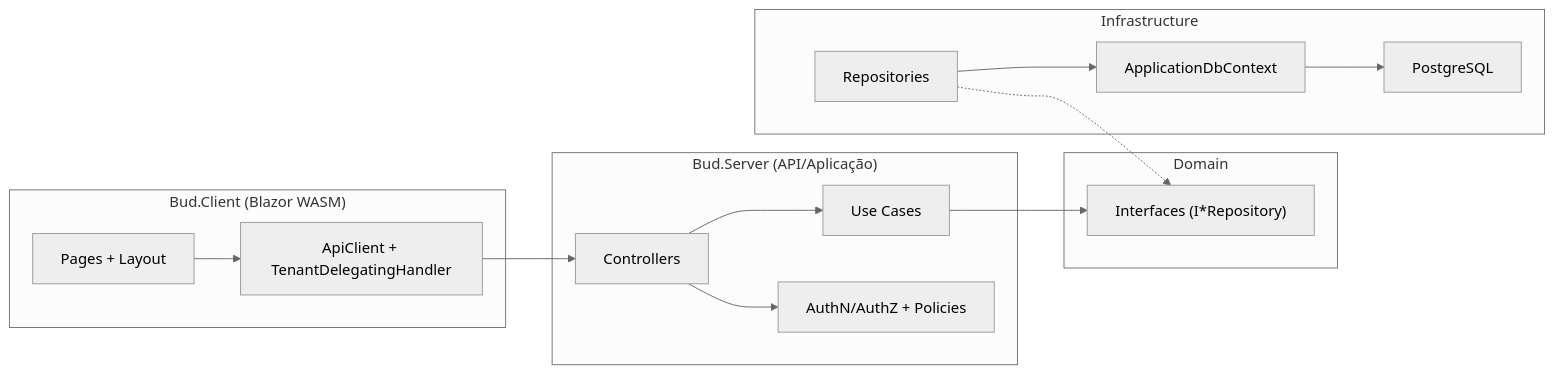
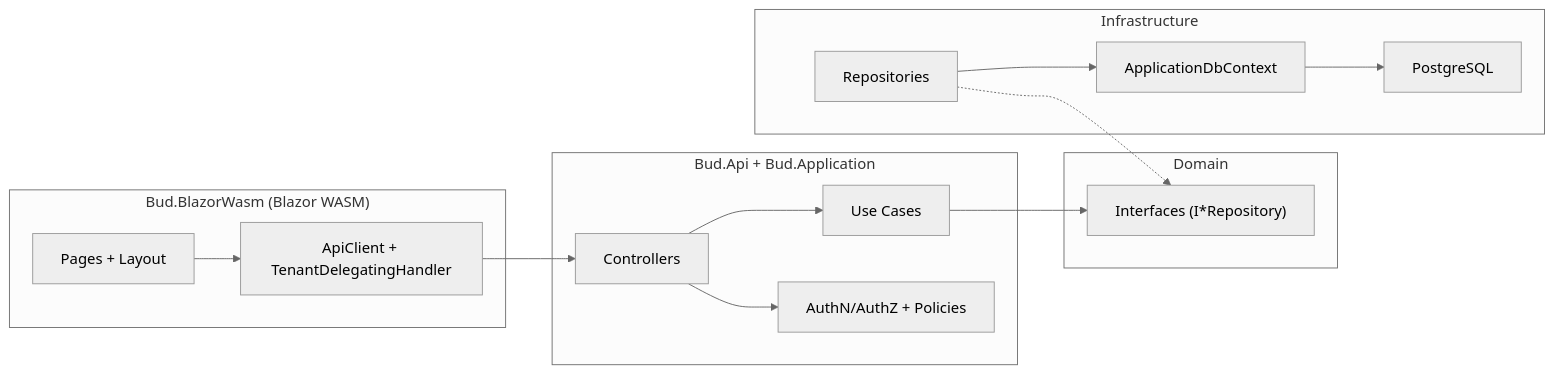
Before and after one commit to dsbraz/bud: the ninth of 11 diagrams in README.md, drawn with Mermaid (neutral theme). The commit also changed other lines of this file and 1152 other files, not shown here.

````diff
--- a/README.md
+++ b/README.md
@@ -451,32 +450,32 @@
 ```mermaid
 flowchart LR
-    subgraph Client["Bud.Client (Blazor WASM)"]
+    subgraph Client["Bud.BlazorWasm (Blazor WASM)"]
       UI["Pages + Layout"]
       ApiClient["ApiClient + TenantDelegatingHandler"]
     end
 
-    subgraph Api["Bud.Server (API/Aplicação)"]
+    subgraph Api["Bud.Api + Bud.Application"]
       Controllers["Controllers"]
       UseCases["Use Cases"]
       Authz["AuthN/AuthZ + Policies"]
     end
 
     subgraph DomainLayer["Domain"]
       RepoInterfaces["Interfaces (I*Repository)"]
     end
 
     subgraph Infra["Infrastructure"]
       Repos["Repositories"]
       Db["ApplicationDbContext"]
       Pg["PostgreSQL"]
     end
 
     UI --> ApiClient
     ApiClient --> Controllers
     Controllers --> UseCases
     UseCases --> RepoInterfaces
     Repos -.-> RepoInterfaces
     Controllers --> Authz
     Repos --> Db
     Db --> Pg
 ```
````
